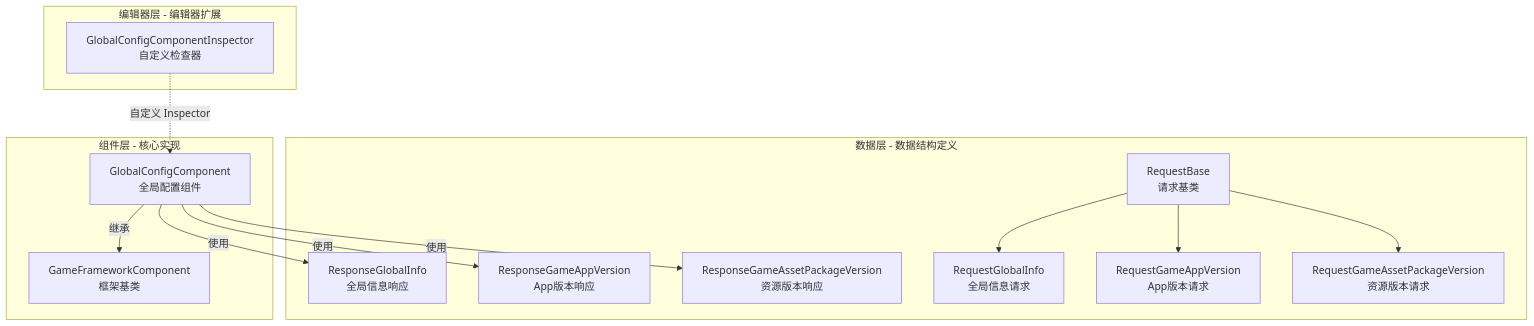
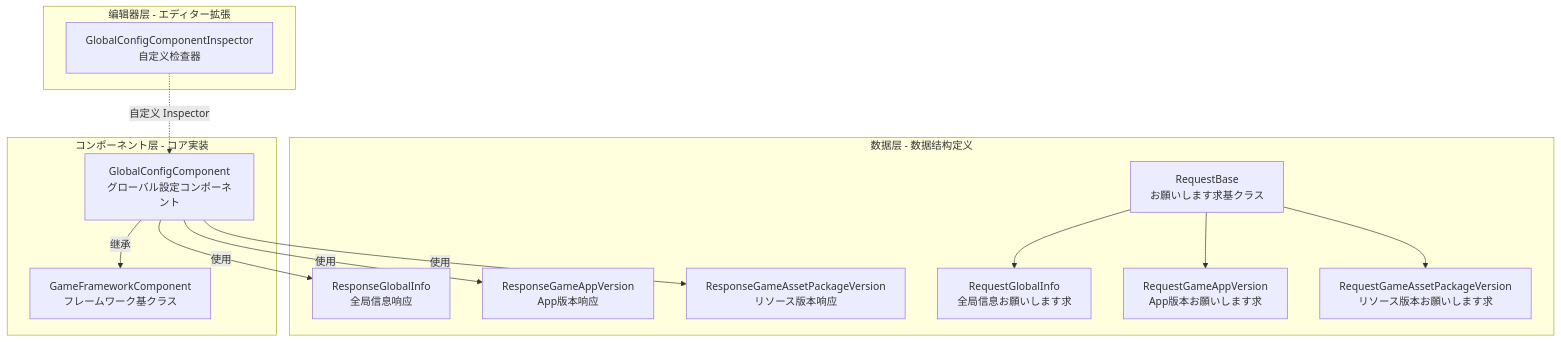
The diagram in docs/ja/client/unity/component/globalconfig/01.overview.md (AlianBlank/GameFrameX.Docs), drawn with Mermaid before and after one commit. The commit also changed other lines of this file and 603 other files, not shown here.

````diff
--- a/docs/ja/client/unity/component/globalconfig/01.overview.md
+++ b/docs/ja/client/unity/component/globalconfig/01.overview.md
@@ -17,32 +17,32 @@
 ```mermaid
 graph TD
     subgraph DataLayer["数据层 - 数据结构定义"]
-        RequestBase["RequestBase<br/>请求基类"]
-        RequestGlobalInfo["RequestGlobalInfo<br/>全局信息请求"]
-        RequestGameAppVersion["RequestGameAppVersion<br/>App版本请求"]
-        RequestGameAssetPackageVersion["RequestGameAssetPackageVersion<br/>资源版本请求"]
+        RequestBase["RequestBase<br/>お願いします求基クラス"]
+        RequestGlobalInfo["RequestGlobalInfo<br/>全局信息お願いします求"]
+        RequestGameAppVersion["RequestGameAppVersion<br/>App版本お願いします求"]
+        RequestGameAssetPackageVersion["RequestGameAssetPackageVersion<br/>リソース版本お願いします求"]
         ResponseGlobalInfo["ResponseGlobalInfo<br/>全局信息响应"]
         ResponseGameAppVersion["ResponseGameAppVersion<br/>App版本响应"]
-        ResponseGameAssetPackageVersion["ResponseGameAssetPackageVersion<br/>资源版本响应"]
+        ResponseGameAssetPackageVersion["ResponseGameAssetPackageVersion<br/>リソース版本响应"]
     end
 
-    subgraph ComponentLayer["组件层 - 核心实现"]
-        GlobalConfigComponent["GlobalConfigComponent<br/>全局配置组件"]
-        GFComponent["GameFrameworkComponent<br/>框架基类"]
+    subgraph ComponentLayer["コンポーネント层 - コア実装"]
+        GlobalConfigComponent["GlobalConfigComponent<br/>グローバル設定コンポーネント"]
+        GFComponent["GameFrameworkComponent<br/>フレームワーク基クラス"]
     end
 
-    subgraph EditorLayer["编辑器层 - 编辑器扩展"]
+    subgraph EditorLayer["编辑器层 - エディター拡張"]
         Inspector["GlobalConfigComponentInspector<br/>自定义检查器"]
     end
 
     RequestBase --> RequestGlobalInfo
     RequestBase --> RequestGameAppVersion
     RequestBase --> RequestGameAssetPackageVersion
     
     GlobalConfigComponent -->|继承| GFComponent
     GlobalConfigComponent -->|使用| ResponseGlobalInfo
     GlobalConfigComponent -->|使用| ResponseGameAppVersion
     GlobalConfigComponent -->|使用| ResponseGameAssetPackageVersion
     
     Inspector -.->|自定义 Inspector| GlobalConfigComponent
 ```
````
